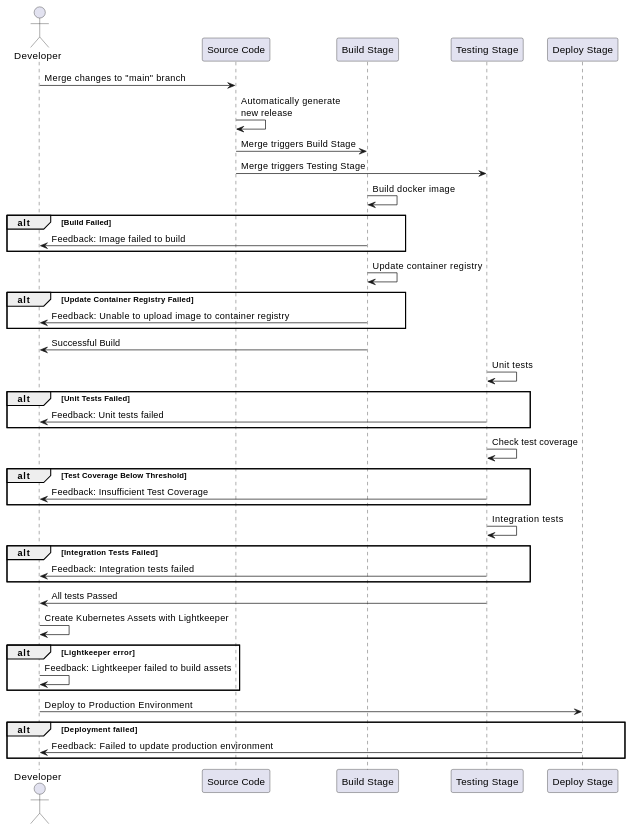
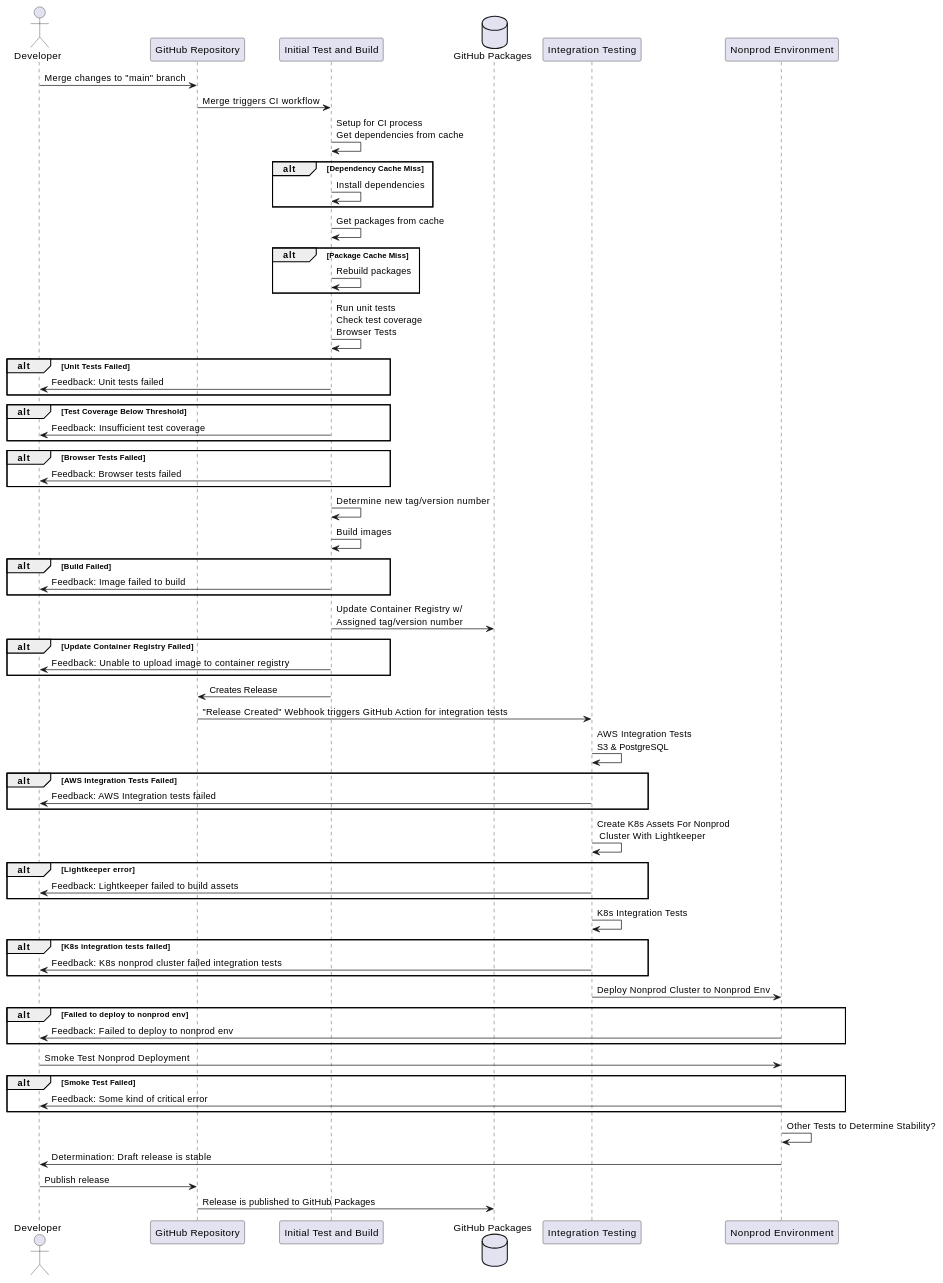
The diagram in docs/rfc-ci-cd.md (TS000/lighthouse-developer-portal), drawn with PlantUML before and after one commit.

Commit message:
Added modifications to CI diagram (#155)
* Added CI diagram

* Removed spaces

````diff
--- a/docs/rfc-ci-cd.md
+++ b/docs/rfc-ci-cd.md
@@ -21,42 +21,65 @@
 ```plantuml
 actor Developer as dev
-participant "Source Code" as source
-participant "Build Stage" as build
-participant "Testing Stage" as test
-participant "Deploy Stage" as deploy
+participant "GitHub Repository" as source
+participant "Initial Test and Build" as ci
+database "GitHub Packages" as registry
+participant "Integration Testing" as int_test
+participant "Nonprod Environment" as nonprod
 
 dev->source: Merge changes to "main" branch
-source->source: Automatically generate\nnew release
-source->build: Merge triggers Build Stage
-source->test: Merge triggers Testing Stage
-build->build: Build docker image
+source->ci: Merge triggers CI workflow
+ci->ci: Setup for CI process\nGet dependencies from cache
+alt Dependency Cache Miss
+    ci->ci: Install dependencies
+end
+ci->ci: Get packages from cache
+alt Package Cache Miss
+    ci->ci: Rebuild packages 
+end
+ci->ci:Run unit tests\nCheck test coverage\nBrowser Tests
+alt Unit Tests Failed
+    ci->dev: Feedback: Unit tests failed
+end
+alt Test Coverage Below Threshold
+    ci->dev: Feedback: Insufficient test coverage
+end
+alt Browser Tests Failed
+    ci->dev: Feedback: Browser tests failed
+end
+ci->ci: Determine new tag/version number
+ci->ci: Build images
 alt Build Failed
-    build->dev: Feedback: Image failed to build
+    ci->dev: Feedback: Image failed to build
 end
-build->build: Update container registry
+ci->registry: Update Container Registry w/\nAssigned tag/version number
 alt Update Container Registry Failed
-    build->dev: Feedback: Unable to upload image to container registry
+    ci->dev: Feedback: Unable to upload image to container registry
 end
-build->dev: Successful Build
-test->test: Unit tests
-alt Unit Tests Failed
-    test->dev: Feedback: Unit tests failed
+ci->source: Creates Release 
+source->int_test: "Release Created" Webhook triggers GitHub Action for integration tests
+int_test->int_test: AWS Integration Tests\nS3 & PostgreSQL
+alt AWS Integration Tests Failed
+    int_test->dev: Feedback: AWS Integration tests failed
 end
-test->test: Check test coverage
-alt Test Coverage Below Threshold
-    test->dev: Feedback: Insufficient Test Coverage
+
+int_test->int_test: Create K8s Assets For Nonprod\n Cluster With Lightkeeper
+alt Lightkeeper error
+    int_test->dev: Feedback: Lightkeeper failed to build assets
 end
-test->test: Integration tests
-alt Integration Tests Failed
-    test->dev: Feedback: Integration tests failed
+int_test->int_test: K8s Integration Tests
+alt K8s integration tests failed
+    int_test->dev: Feedback: K8s nonprod cluster failed integration tests
 end
-test->dev: All tests Passed
-dev->dev: Create Kubernetes Assets with Lightkeeper
-alt Lightkeeper error
-    dev->dev: Feedback: Lightkeeper failed to build assets
+int_test->nonprod: Deploy Nonprod Cluster to Nonprod Env
+alt Failed to deploy to nonprod env
+    nonprod->dev: Feedback: Failed to deploy to nonprod env
 end
-dev->deploy: Deploy to Production Environment
-alt Deployment failed
-    deploy->dev: Feedback: Failed to update production environment
+dev->nonprod: Smoke Test Nonprod Deployment
+alt Smoke Test Failed
+    nonprod->dev: Feedback: Some kind of critical error 
 end
+nonprod->nonprod: Other Tests to Determine Stability?
+nonprod->dev: Determination: Draft release is stable
+dev->source: Publish release
+source->registry: Release is published to GitHub Packages
 ```
````
